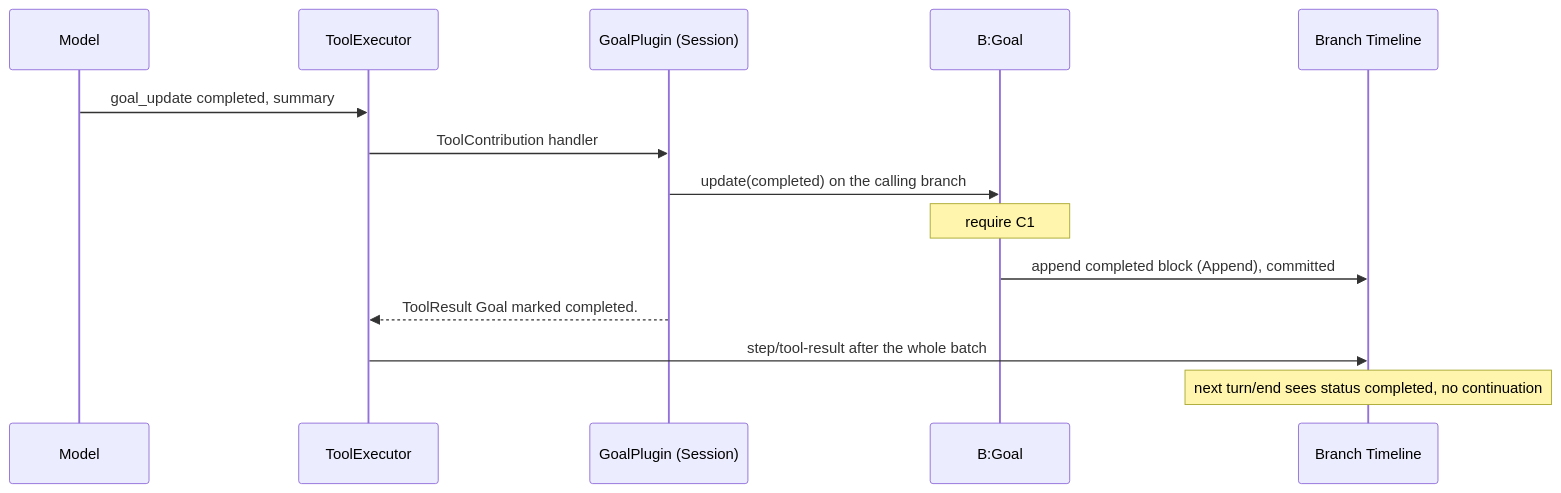
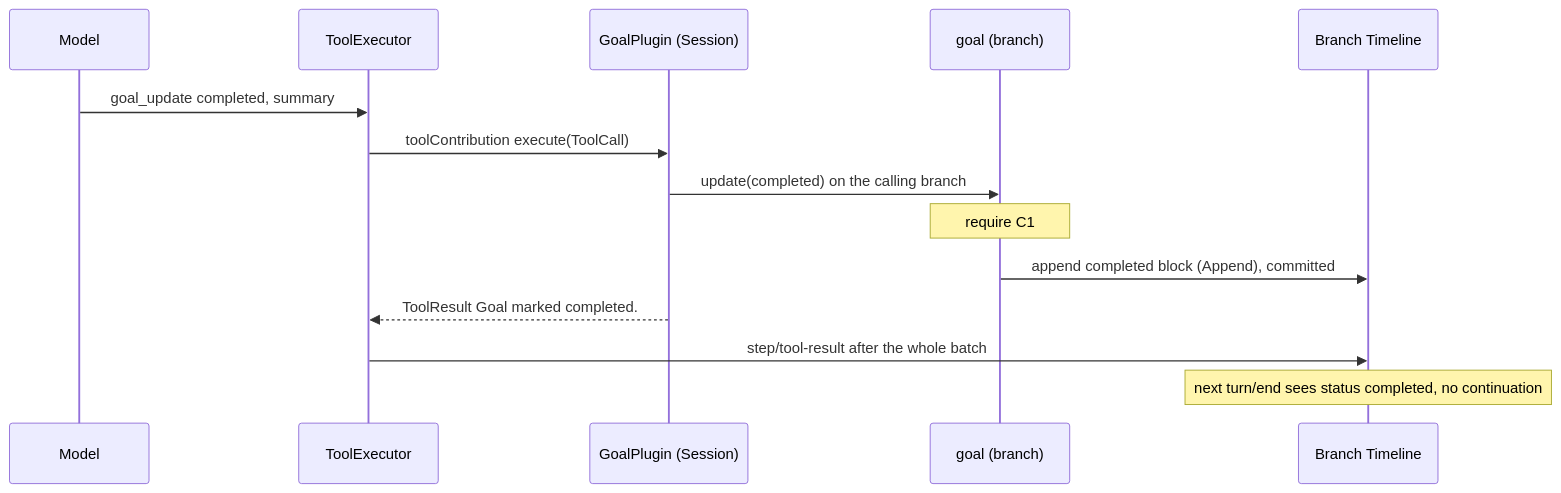
Before and after one commit to CoutinhoTTS/dim-agent: the fourth of 6 diagrams in docs/design/plugins/Goal.md, drawn with Mermaid. The commit also changed other lines of this file and 3 other files, not shown here.

````diff
--- a/docs/design/plugins/Goal.md
+++ b/docs/design/plugins/Goal.md
@@ -108,16 +108,16 @@
 ```mermaid
 sequenceDiagram
   participant Model
   participant TE as ToolExecutor
   participant GS as GoalPlugin (Session)
-  participant G as B:Goal
+  participant G as goal (branch)
   participant TL as Branch Timeline
   Model->>TE: goal_update completed, summary
-  TE->>GS: ToolContribution handler
+  TE->>GS: toolContribution execute(ToolCall)
   GS->>G: update(completed) on the calling branch
   Note over G: require C1
   G->>TL: append completed block (Append), committed
   GS-->>TE: ToolResult Goal marked completed.
   TE->>TL: step/tool-result after the whole batch
   Note over TL: next turn/end sees status completed, no continuation
 ```
````
